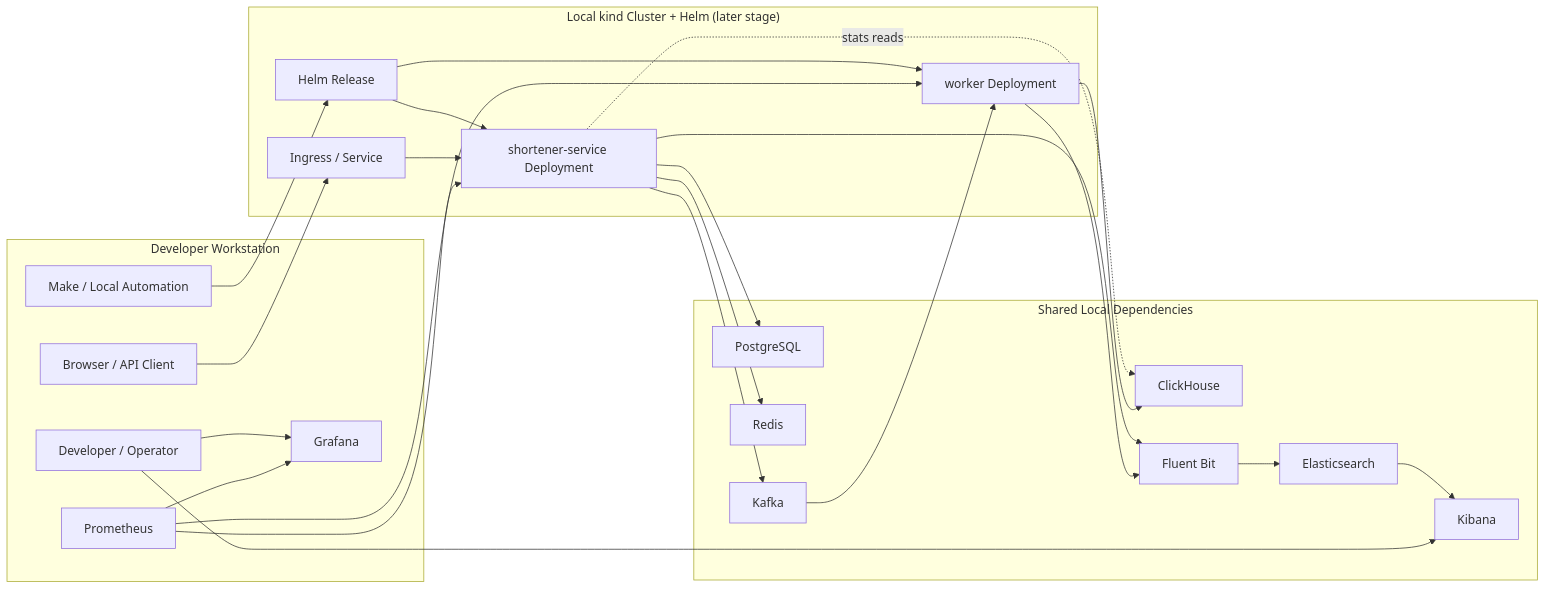
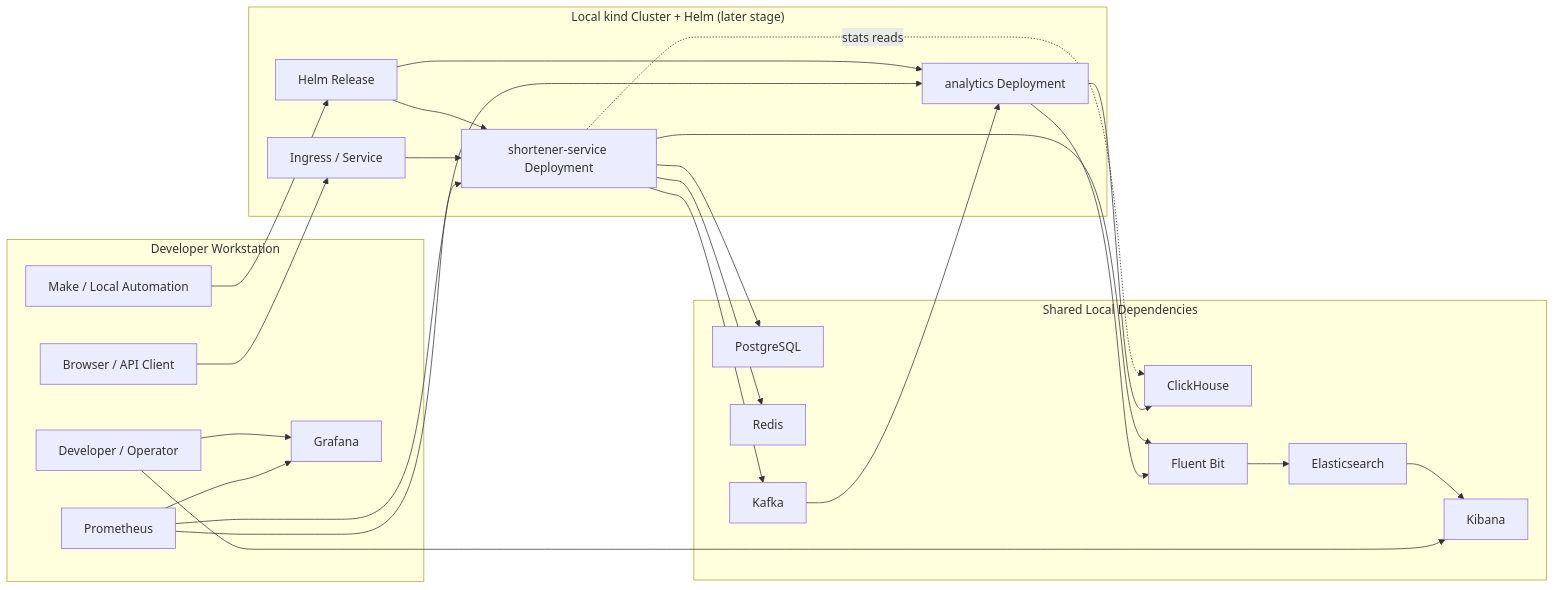
The second of 7 diagrams in docs/system_design.md (fev0ks/sandbox_url_shortener), drawn with Mermaid before and after one commit. The commit also changed other lines of this file and 63 other files, not shown here.

````diff
--- a/docs/system_design.md
+++ b/docs/system_design.md
@@ -99,49 +99,49 @@
 ```mermaid
 flowchart LR
     subgraph workstation["Developer Workstation"]
         user["Browser / API Client"]
         operator["Developer / Operator"]
         cli["Make / Local Automation"]
         prom["Prometheus"]
         grafana["Grafana"]
     end
 
     subgraph kind["Local kind Cluster + Helm (later stage)"]
         helm["Helm Release"]
         ingress["Ingress / Service"]
         k8s_shortener["shortener-service Deployment"]
-        k8s_worker["worker Deployment"]
+        k8s_analytics["analytics Deployment"]
     end
 
     subgraph deps["Shared Local Dependencies"]
         pg["PostgreSQL"]
         redis["Redis"]
         kafka["Kafka"]
         ch["ClickHouse"]
         shipper["Fluent Bit"]
         es["Elasticsearch"]
         kibana["Kibana"]
     end
 
     cli --> helm
     helm --> k8s_shortener
-    helm --> k8s_worker
+    helm --> k8s_analytics
     user --> ingress
     ingress --> k8s_shortener
 
     k8s_shortener --> pg
     k8s_shortener --> redis
     k8s_shortener --> kafka
     k8s_shortener -.->|stats reads| ch
-    kafka --> k8s_worker
-    k8s_worker --> ch
+    kafka --> k8s_analytics
+    k8s_analytics --> ch
     k8s_shortener --> shipper
-    k8s_worker --> shipper
+    k8s_analytics --> shipper
     shipper --> es
     es --> kibana
     operator --> grafana
     operator --> kibana
     prom --> k8s_shortener
-    prom --> k8s_worker
+    prom --> k8s_analytics
     prom --> grafana
 ```
````
